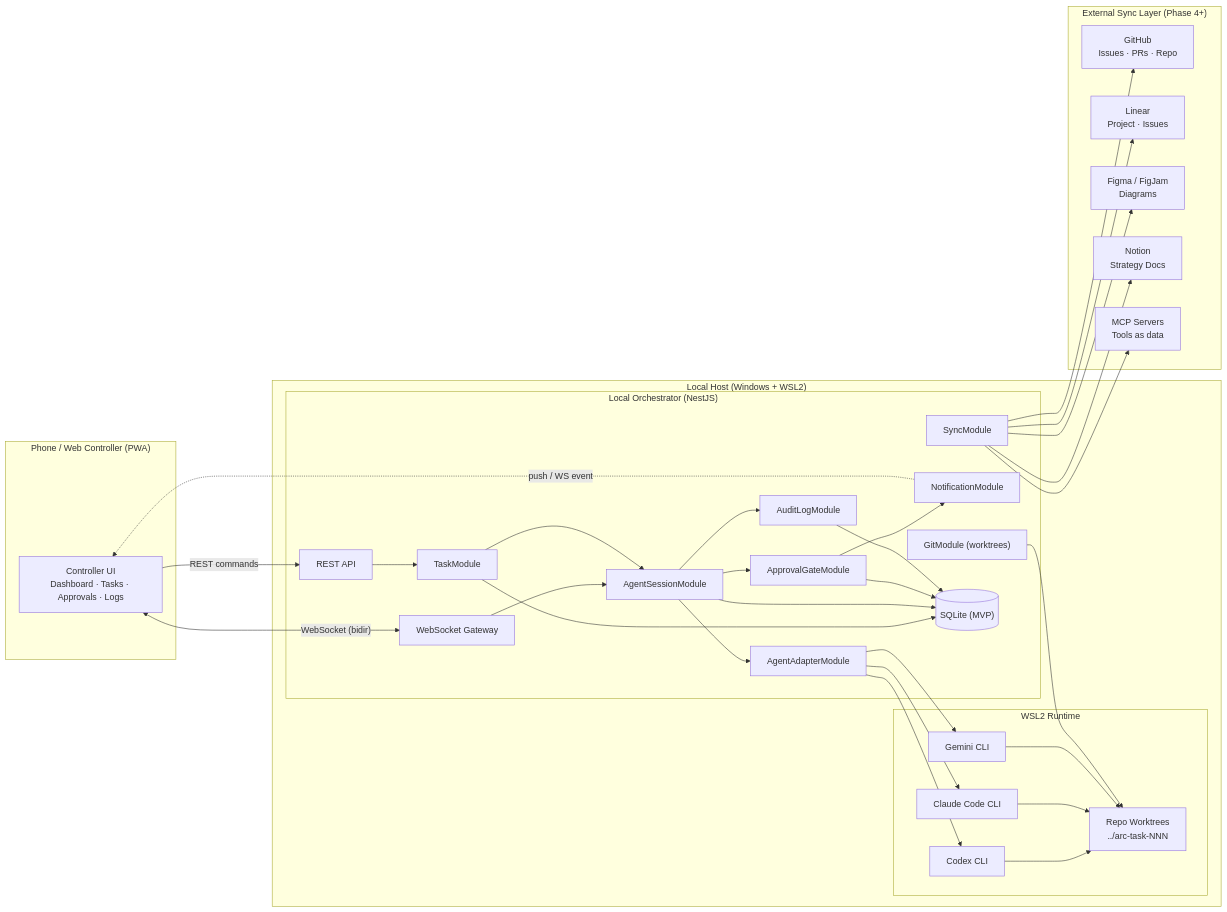
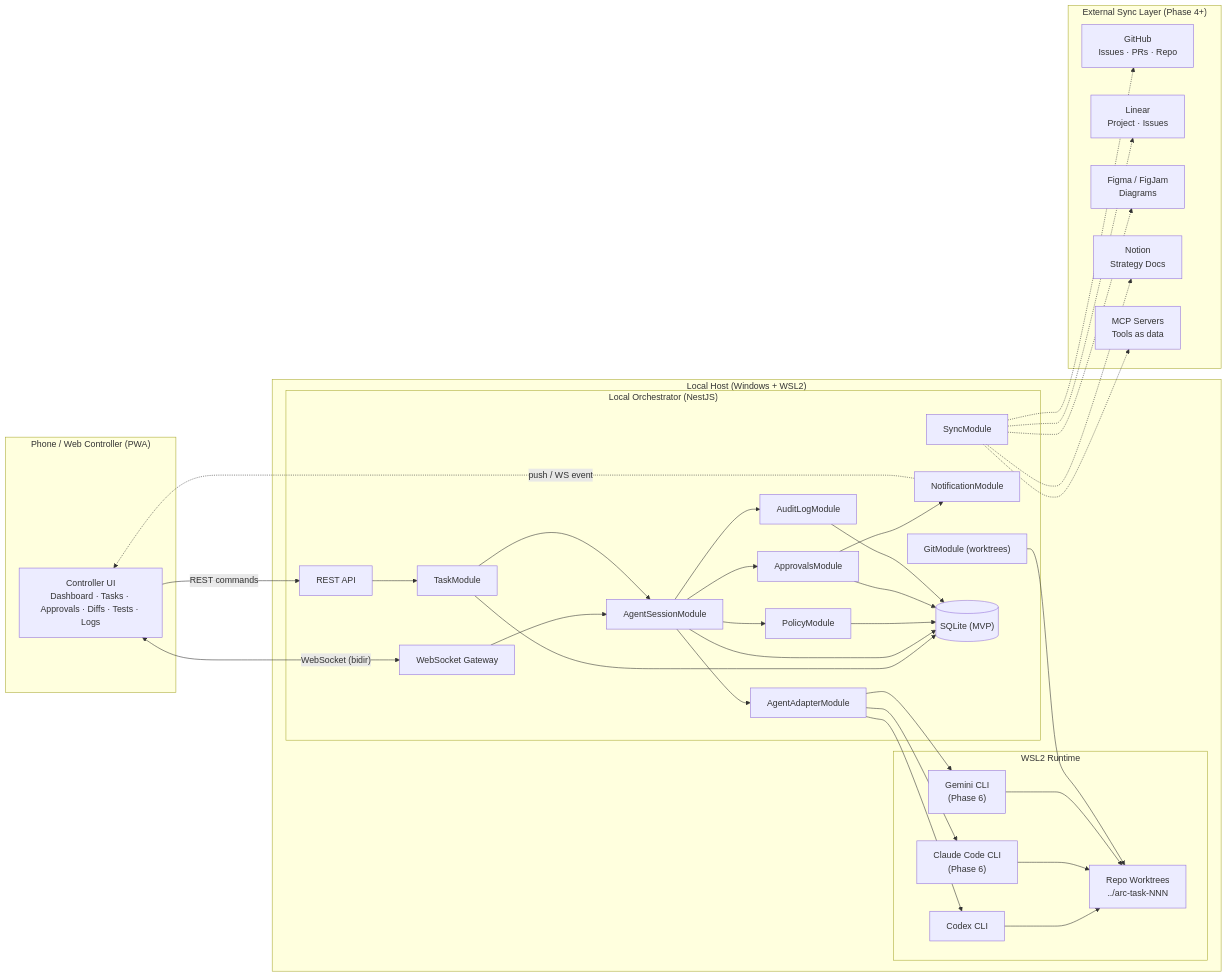
Before and after one commit to mjshuff23/agents-with-remote-control-mobile-controller: the first of 7 diagrams in docs/diagrams.md, drawn with Mermaid. The commit also changed other lines of this file and 62 other files, not shown here.

````diff
--- a/docs/diagrams.md
+++ b/docs/diagrams.md
@@ -9,64 +9,67 @@
 ```mermaid
 flowchart LR
   subgraph Mobile["Phone / Web Controller (PWA)"]
-    UI["Controller UI<br/>Dashboard · Tasks · Approvals · Logs"]
+    UI["Controller UI<br/>Dashboard · Tasks · Approvals · Diffs · Tests · Logs"]
   end
 
   subgraph Host["Local Host (Windows + WSL2)"]
     subgraph Orch["Local Orchestrator (NestJS)"]
       API["REST API"]
       WS["WebSocket Gateway"]
       Tasks["TaskModule"]
       Sessions["AgentSessionModule"]
       Adapters["AgentAdapterModule"]
       Git["GitModule (worktrees)"]
-      Gate["ApprovalGateModule"]
+      Policy["PolicyModule"]
+      Approvals["ApprovalsModule"]
       Notify["NotificationModule"]
       Sync["SyncModule"]
       Audit["AuditLogModule"]
       DB[("SQLite (MVP)")]
     end
 
     subgraph WSL["WSL2 Runtime"]
       Codex["Codex CLI"]
-      Claude["Claude Code CLI"]
-      Gemini["Gemini CLI"]
+      Claude["Claude Code CLI<br/>(Phase 6)"]
+      Gemini["Gemini CLI<br/>(Phase 6)"]
       WT["Repo Worktrees<br/>../arc-task-NNN"]
     end
   end
 
   subgraph External["External Sync Layer (Phase 4+)"]
     GH["GitHub<br/>Issues · PRs · Repo"]
     LN["Linear<br/>Project · Issues"]
     FG["Figma / FigJam<br/>Diagrams"]
     NT["Notion<br/>Strategy Docs"]
     MCP["MCP Servers<br/>Tools as data"]
   end
 
   UI <-->|"WebSocket (bidir)"| WS
   UI -->|"REST commands"| API
   API --> Tasks
   WS --> Sessions
   Tasks --> Sessions
   Sessions --> Adapters
   Adapters --> Codex
   Adapters --> Claude
   Adapters --> Gemini
   Codex --> WT
   Claude --> WT
   Gemini --> WT
   Git --> WT
-  Sessions --> Gate
-  Gate --> Notify
+  Sessions --> Policy
+  Sessions --> Approvals
+  Approvals --> Notify
   Notify -.->|"push / WS event"| UI
   Sessions --> Audit
   Tasks --> DB
   Sessions --> DB
-  Gate --> DB
+  Policy --> DB
+  Approvals --> DB
   Audit --> DB
-  Sync --> GH
-  Sync --> LN
-  Sync --> FG
-  Sync --> NT
-  Sync --> MCP
+  Sync -.-> GH
+  Sync -.-> LN
+  Sync -.-> FG
+  Sync -.-> NT
+  Sync -.-> MCP
 ```
````
